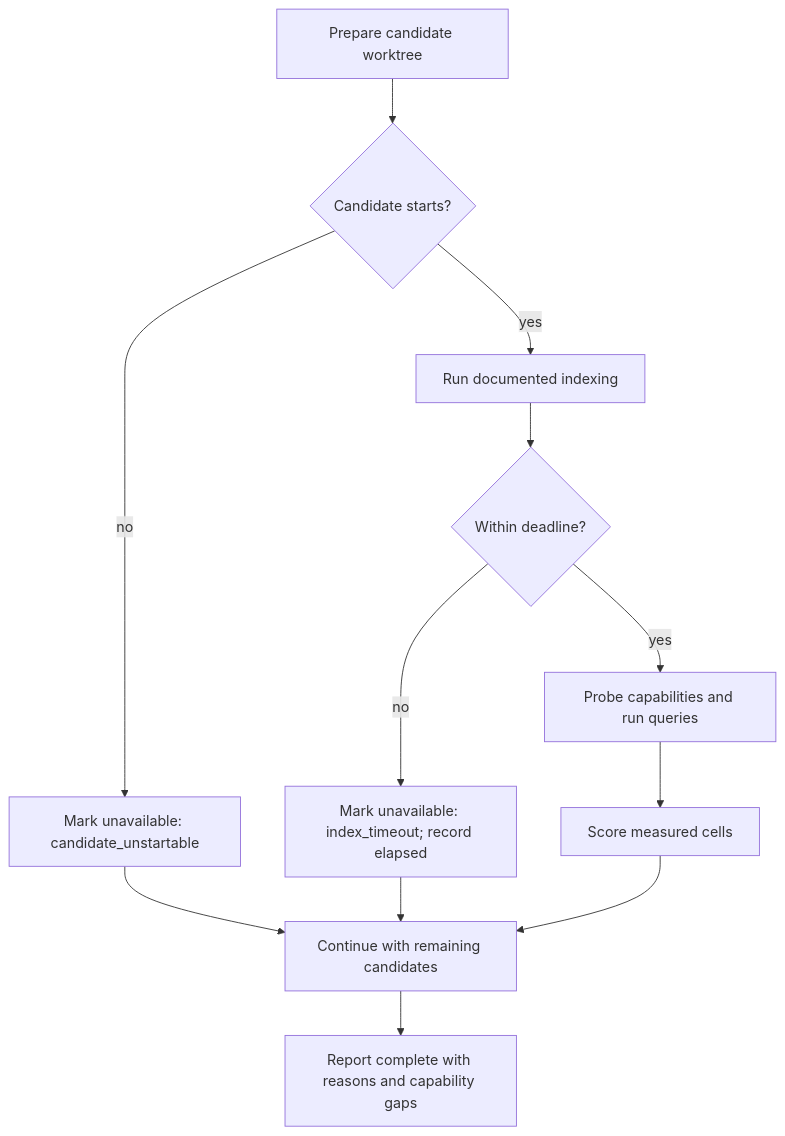
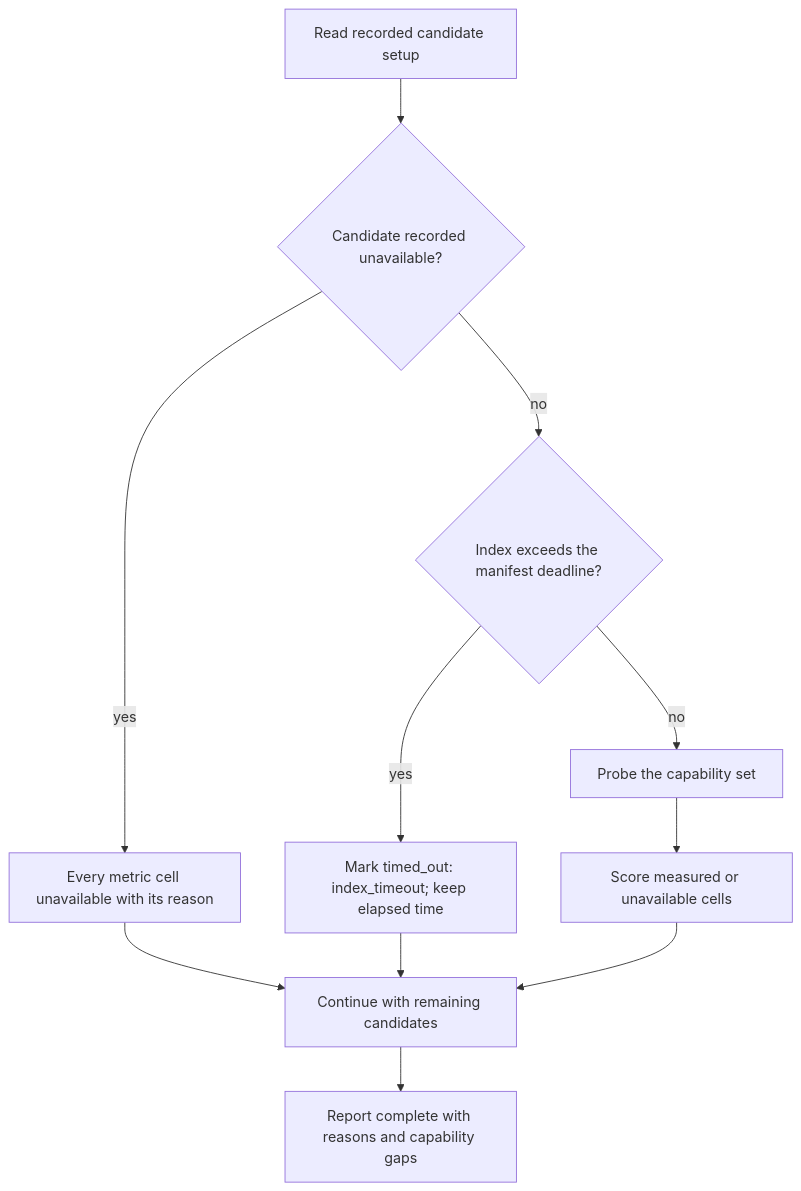
Before and after one commit to kressnerd/ortsinn: the third of 4 diagrams in docs/arc42/06-runtime-view.md, drawn with Mermaid. The commit also changed other lines of this file and 29 other files, not shown here.

````diff
--- a/docs/arc42/06-runtime-view.md
+++ b/docs/arc42/06-runtime-view.md
@@ -87,14 +88,13 @@
 ```mermaid
 flowchart TD
-    A[Prepare candidate worktree] --> B{Candidate starts?}
-    B -- no --> U[Mark unavailable: candidate_unstartable]
-    B -- yes --> C[Run documented indexing]
-    C --> D{Within deadline?}
-    D -- no --> T[Mark unavailable: index_timeout; record elapsed]
-    D -- yes --> E[Probe capabilities and run queries]
-    E --> F[Score measured cells]
+    A[Read recorded candidate setup] --> B{Candidate recorded unavailable?}
+    B -- yes --> U[Every metric cell unavailable with its reason]
+    B -- no --> C{Index exceeds the manifest deadline?}
+    C -- yes --> T[Mark timed_out: index_timeout; keep elapsed time]
+    C -- no --> E[Probe the capability set]
+    E --> F[Score measured or unavailable cells]
     U --> G[Continue with remaining candidates]
     T --> G
     F --> G
     G --> H[Report complete with reasons and capability gaps]
 ```
````
